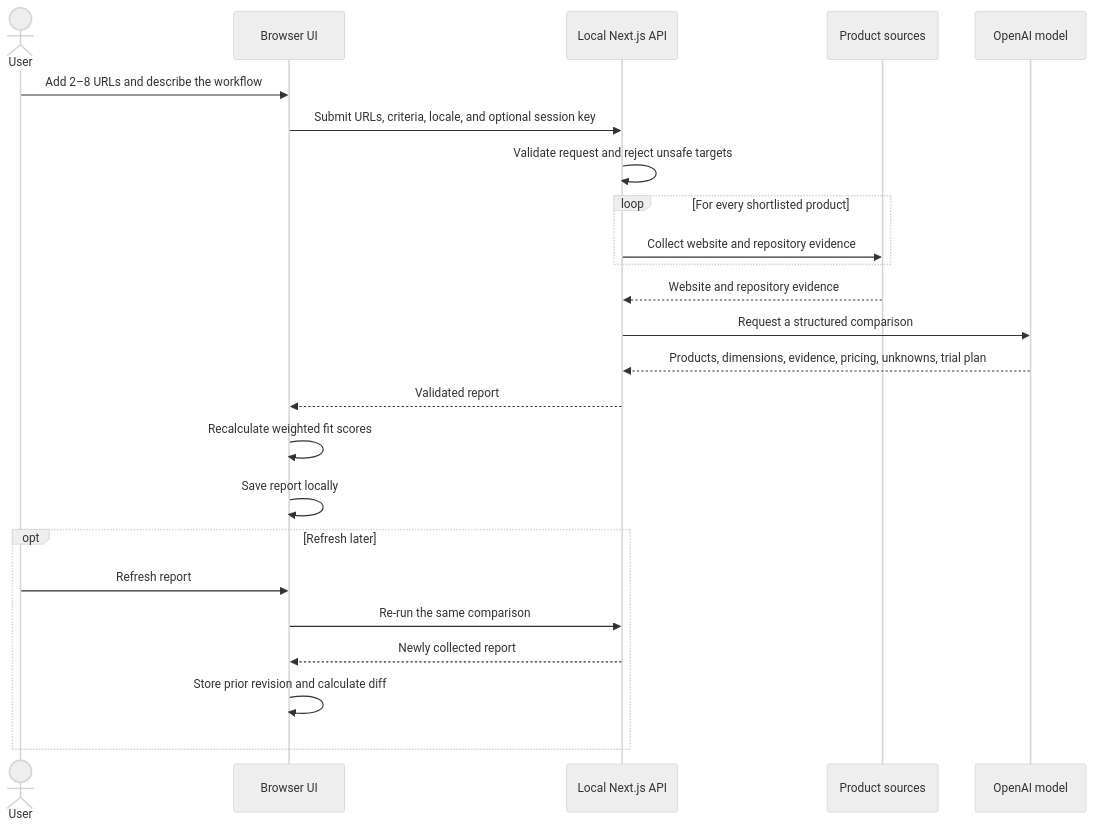
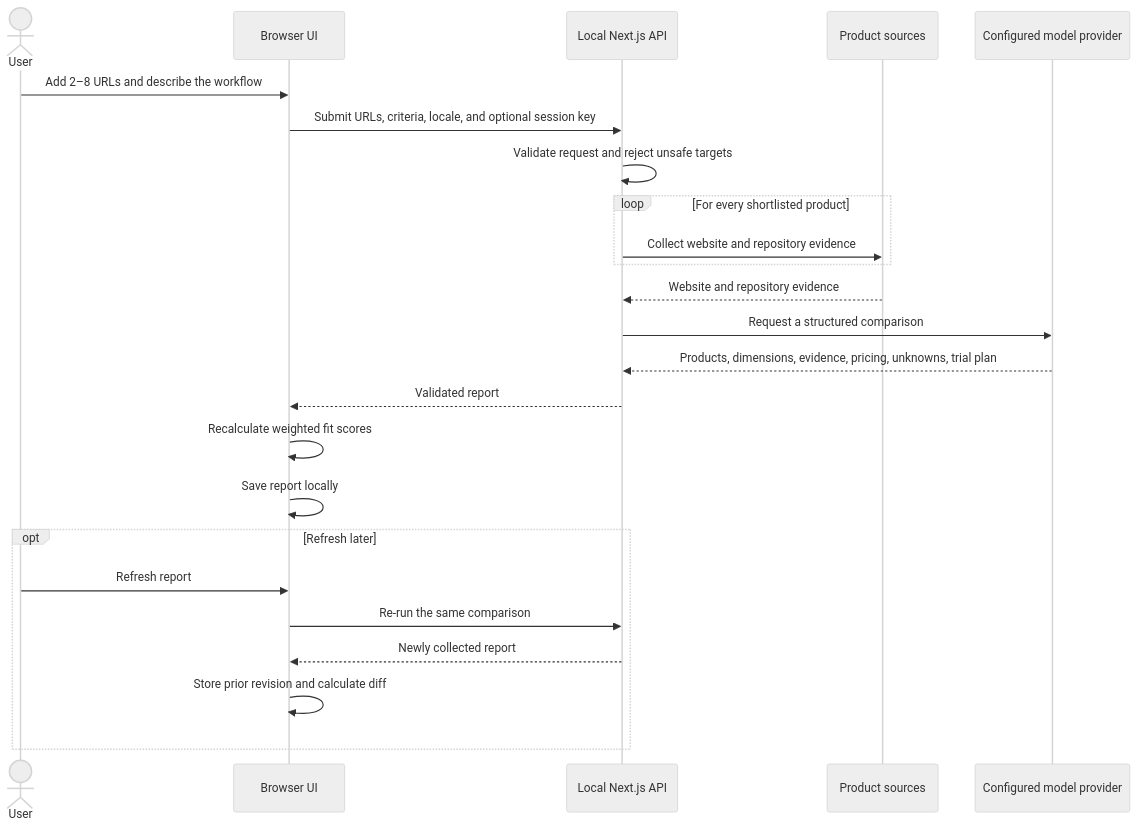
The second of 5 diagrams in README.md (wp043/fitlens), drawn with Mermaid (neutral theme) before and after one commit. The commit also changed other lines of this file and 6 other files, not shown here.

Commit message:
feat(model): add compatible provider adapter

````diff
--- a/README.md
+++ b/README.md
@@ -108,27 +143,27 @@
 ```mermaid
 sequenceDiagram
     actor User
     participant UI as Browser UI
     participant API as Local Next.js API
     participant Sources as Product sources
-    participant Model as OpenAI model
+    participant Model as Configured model provider
 
     User->>UI: Add 2–8 URLs and describe the workflow
     UI->>API: Submit URLs, criteria, locale, and optional session key
     API->>API: Validate request and reject unsafe targets
     loop For every shortlisted product
         API->>Sources: Collect website and repository evidence
     end
     Sources-->>API: Website and repository evidence
     API->>Model: Request a structured comparison
     Model-->>API: Products, dimensions, evidence, pricing, unknowns, trial plan
     API-->>UI: Validated report
     UI->>UI: Recalculate weighted fit scores
     UI->>UI: Save report locally
     opt Refresh later
         User->>UI: Refresh report
         UI->>API: Re-run the same comparison
         API-->>UI: Newly collected report
         UI->>UI: Store prior revision and calculate diff
     end
 ```
````
